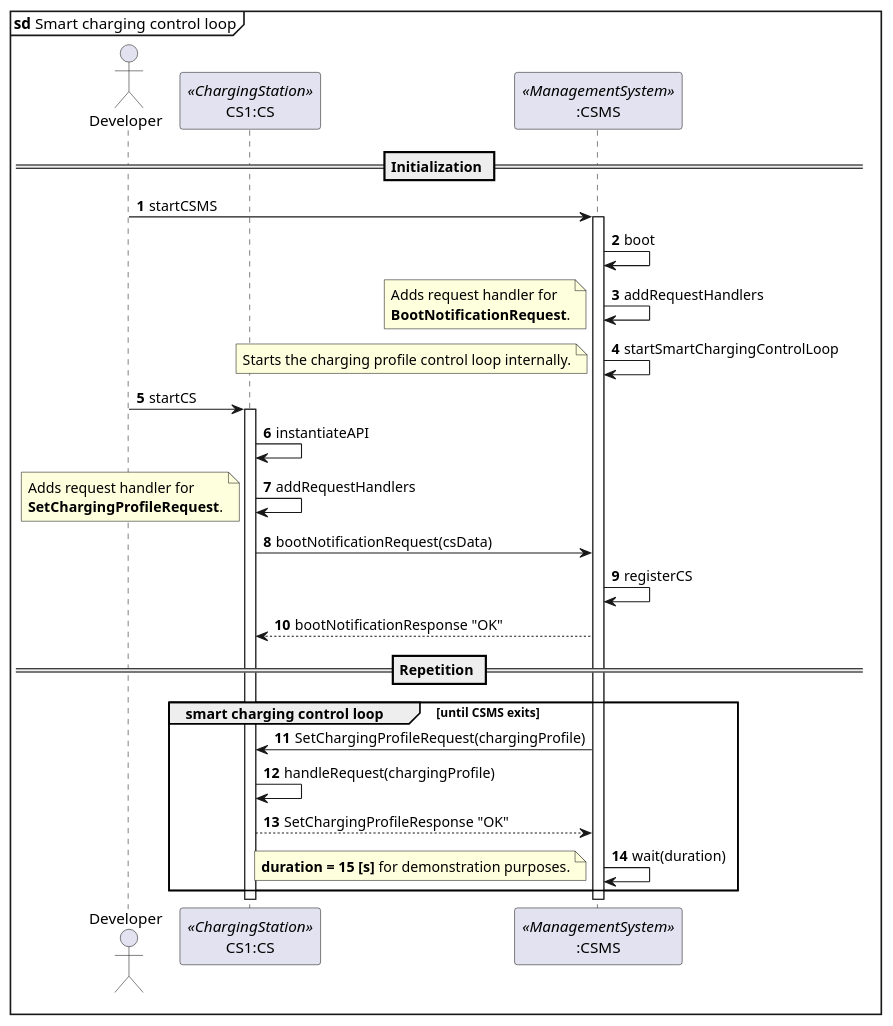
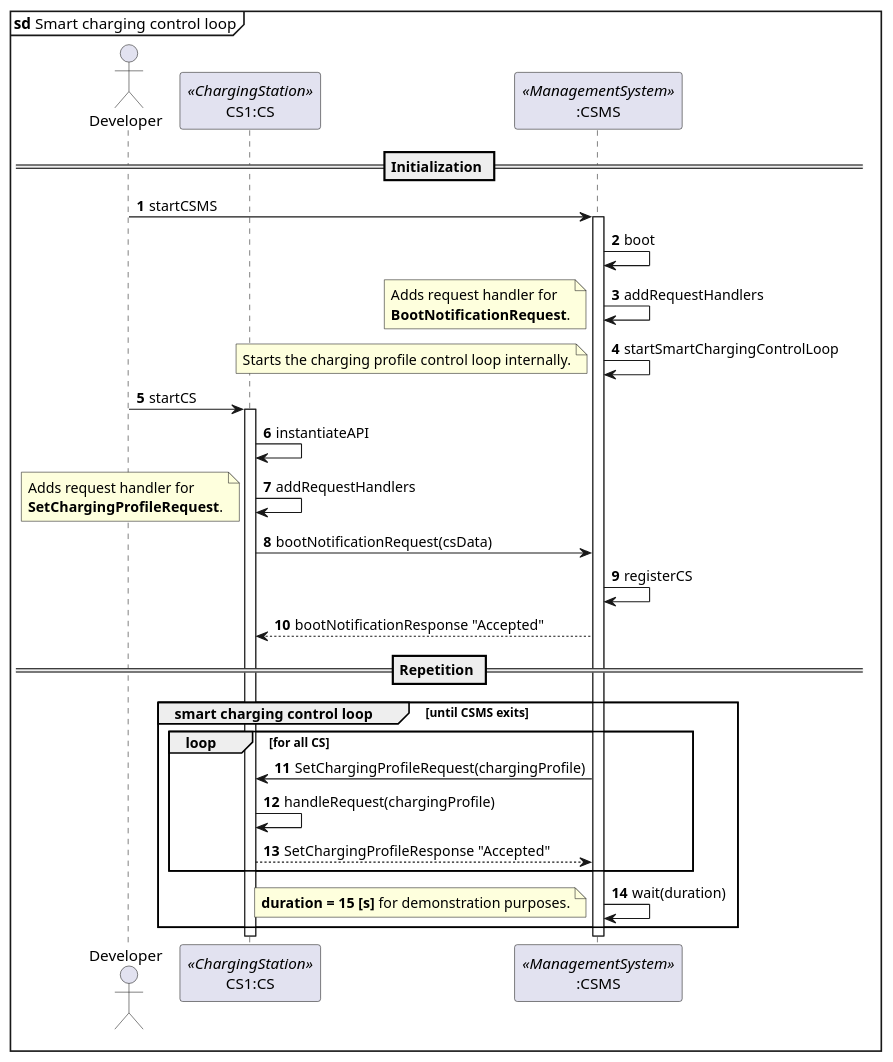
The diagram in digitalenergyhub/example_application/src/main/java/dk/sdu/mmmi/application/smart_charging_control_loop_scenario.puml (SkafteDev/J-OCPP-201-Library), drawn with PlantUML before and after one commit.

```diff
--- a/digitalenergyhub/example_application/src/main/java/dk/sdu/mmmi/application/smart_charging_control_loop_scenario.puml
+++ b/digitalenergyhub/example_application/src/main/java/dk/sdu/mmmi/application/smart_charging_control_loop_scenario.puml
@@ -1,39 +1,41 @@
 @startuml
 'https://plantuml.com/sequence-diagram
 
 autonumber
 
 mainframe **sd** Smart charging control loop
 
 actor Developer
 participant "CS1:CS" as CS1 <<ChargingStation>>
 participant ":CSMS" as CSMS <<ManagementSystem>>
 
 == Initialization ==
 Developer ->CSMS: startCSMS
 activate CSMS
 CSMS->CSMS: boot
 CSMS->CSMS: addRequestHandlers
 note left: Adds request handler for\n**BootNotificationRequest**.
 CSMS->CSMS: startSmartChargingControlLoop
 note left: Starts the charging profile control loop internally.
 
 Developer -> CS1: startCS
 activate CS1
 CS1->CS1: instantiateAPI
 CS1->CS1: addRequestHandlers
 note left: Adds request handler for\n**SetChargingProfileRequest**.
 CS1->CSMS: bootNotificationRequest(csData)
 CSMS->CSMS: registerCS
-CSMS-->CS1: bootNotificationResponse "OK"
+CSMS-->CS1: bootNotificationResponse "Accepted"
 
 == Repetition ==
 group smart charging control loop [until CSMS exits]
-    CSMS->CS1: SetChargingProfileRequest(chargingProfile)
-    CS1->CS1: handleRequest(chargingProfile)
-    CS1-->CSMS: SetChargingProfileResponse "OK"
+    group loop [for all CS]
+        CSMS->CS1: SetChargingProfileRequest(chargingProfile)
+        CS1->CS1: handleRequest(chargingProfile)
+        CS1-->CSMS: SetChargingProfileResponse "Accepted"
+    end
     CSMS->CSMS: wait(duration)
     note left: **duration = 15 [s]** for demonstration purposes.
 end
 
 @enduml
```
